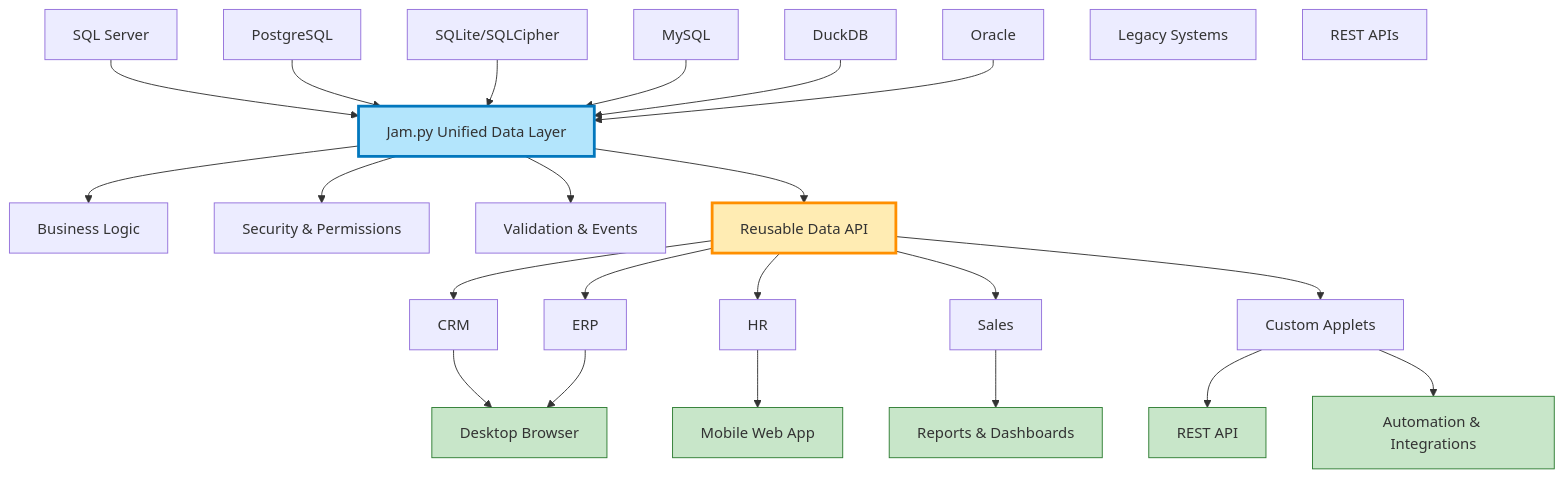
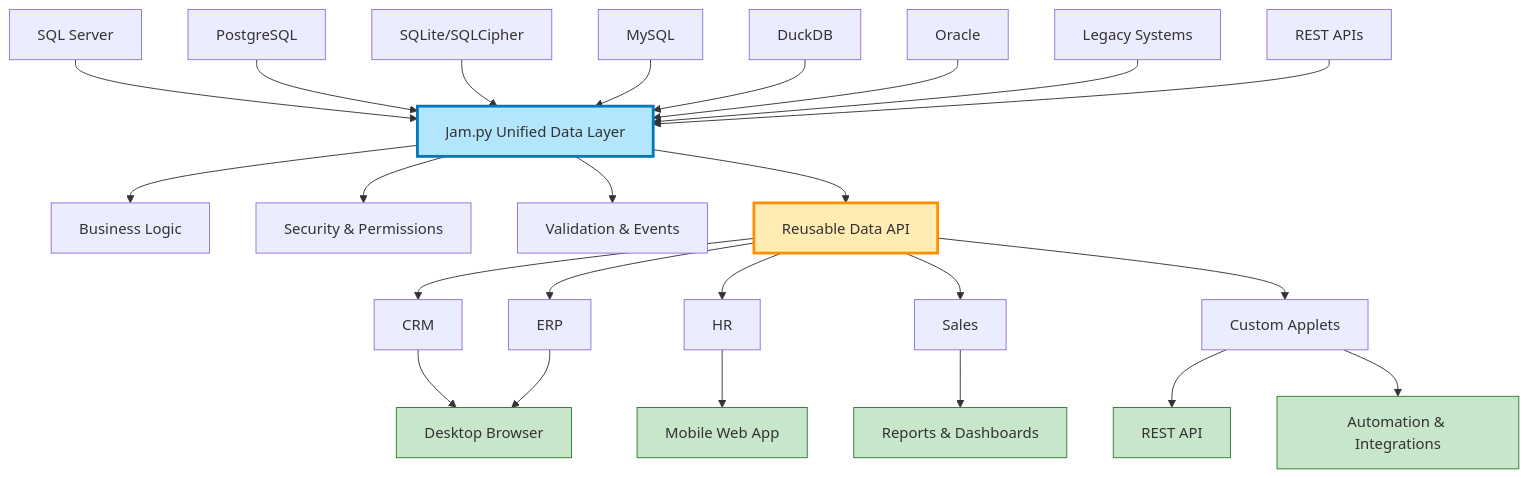
One commit to Nurb4000/jam-py-v7 changed the diagram in README.md. Above: the diagram before and after it, drawn with Mermaid.

````diff
--- a/README.md
+++ b/README.md
@@ -15,70 +15,72 @@
 ```mermaid
 flowchart TD
     %% Data sources
     A1[SQL Server]
     A2[PostgreSQL]
     A3[SQLite/SQLCipher]
     A4[MySQL]
     A5[DuckDB]
     A6[Oracle]
     A7[Legacy Systems]
     A8[REST APIs]
 
     %% Jam.py core
     B[Jam.py Unified Data Layer]
 
     %% Core services
     C1[Business Logic]
     C2[Security & Permissions]
     C3[Validation & Events]
     C4[Reusable Data API]
 
     %% Applications
     D1[CRM]
     D2[ERP]
     D3[HR]
     D4[Sales]
     D5[Custom Applets]
 
     %% Delivery channels
     E1[Desktop Browser]
     E2[Mobile Web App]
     E3[REST API]
     E4[Reports & Dashboards]
     E5[Automation & Integrations]
 
     %% Connections
     A1 --> B
     A2 --> B
     A3 --> B
     A4 --> B
     A5 --> B
     A6 --> B
+    A7 --> B
+    A8 --> B
 
     B --> C1
     B --> C2
     B --> C3
     B --> C4
 
     C4 --> D1
     C4 --> D2
     C4 --> D3
     C4 --> D4
     C4 --> D5
 
     D1 --> E1
     D2 --> E1
     D3 --> E2
     D4 --> E4
     D5 --> E3
     D5 --> E5
 
     %% Styling
     style B fill:#b3e5fc,stroke:#0277bd,stroke-width:3px
     style C4 fill:#ffecb3,stroke:#ff8f00,stroke-width:3px
     style E1 fill:#c8e6c9,stroke:#2e7d32
     style E2 fill:#c8e6c9,stroke:#2e7d32
     style E3 fill:#c8e6c9,stroke:#2e7d32
     style E4 fill:#c8e6c9,stroke:#2e7d32
     style E5 fill:#c8e6c9,stroke:#2e7d32
 ```
````
